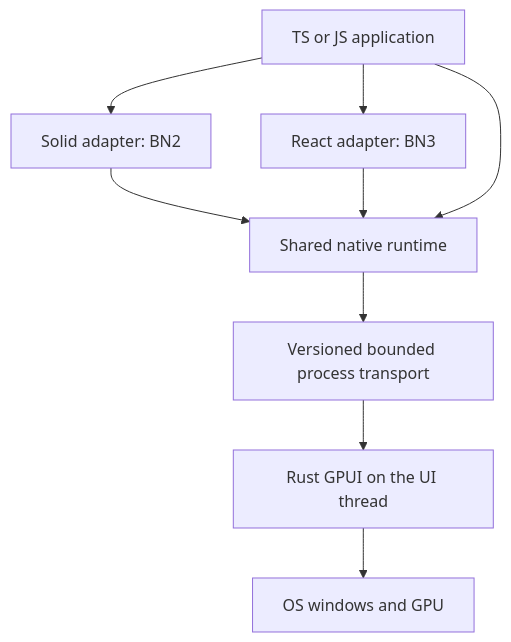
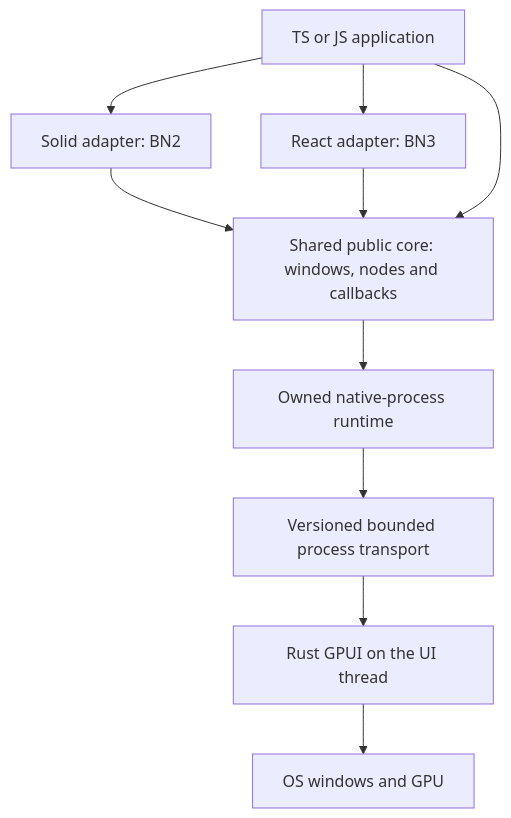
The diagram in docs/architecture.md (0xPlayerOne/bunly), drawn with Mermaid before and after one commit. The commit also changed other lines of this file and 14 other files, not shown here.

Commit message:
feat: tighten public native API and document shared ownership contracts

````diff
--- a/docs/architecture.md
+++ b/docs/architecture.md
@@ -7,11 +7,12 @@
 ```mermaid
 flowchart TD
   App["TS or JS application"] --> Solid["Solid adapter: BN2"]
   App --> React["React adapter: BN3"]
-  Solid --> Runtime["Shared native runtime"]
-  React --> Runtime
-  App --> Runtime
+  Solid --> Core["Shared public core: windows, nodes and callbacks"]
+  React --> Core
+  App --> Core
+  Core --> Runtime["Owned native-process runtime"]
   Runtime --> Pipe["Versioned bounded process transport"]
   Pipe --> GPUI["Rust GPUI on the UI thread"]
   GPUI --> OS["OS windows and GPU"]
 ```
````
